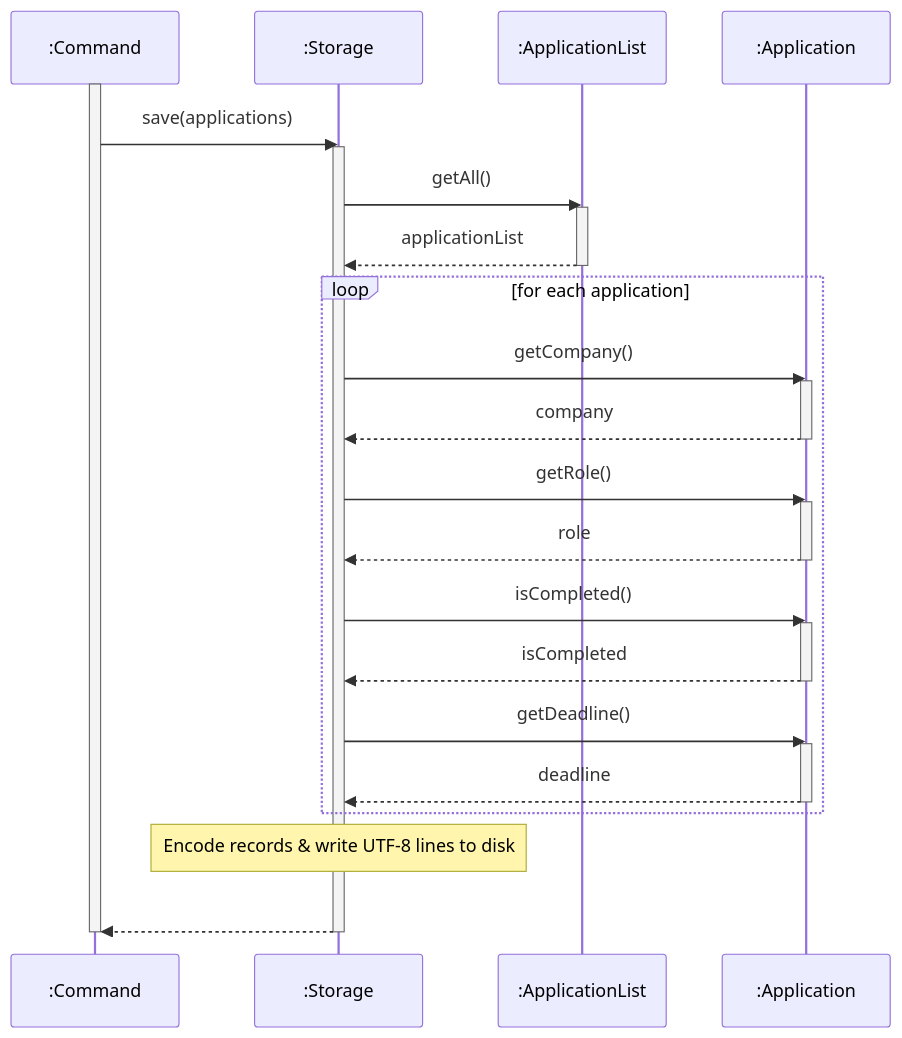
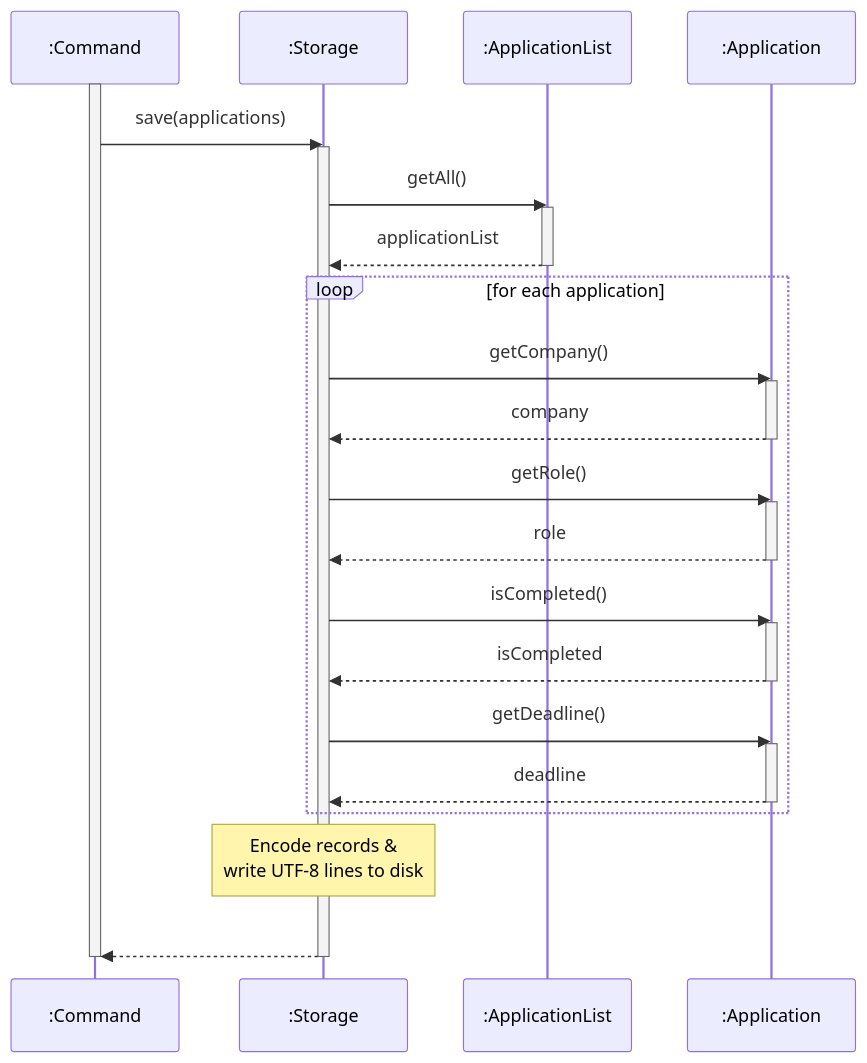
One commit to AY2627S1-CS2113-T10-2/tp changed diagram 21 of 22 in docs/DeveloperGuide.md. Above: the diagram before and after it, drawn with Mermaid. The commit also changed other lines of this file, not shown here.

First line of the commit message:
docs: standardize architecture diagram design and add manual testing output examples

````diff
--- a/docs/DeveloperGuide.md
+++ b/docs/DeveloperGuide.md
@@ -1263,43 +1258,43 @@
 ```mermaid
 ---
 config:
   themeCSS: ".actor-line { stroke-dasharray: 4, 4 !important; } line.loopLine:not([style*='stroke-dasharray']) { stroke-dasharray: none !important; }"
 ---
 sequenceDiagram
     participant cmd as :Command
     participant storage as :Storage
     participant list as :ApplicationList
     participant app as :Application
 
     activate cmd
     cmd->>storage: save(applications)
     activate storage
     storage->>list: getAll()
     activate list
     list-->>storage: applicationList
     deactivate list
 
     loop for each application
         storage->>app: getCompany()
         activate app
         app-->>storage: company
         deactivate app
         storage->>app: getRole()
         activate app
         app-->>storage: role
         deactivate app
         storage->>app: isCompleted()
         activate app
         app-->>storage: isCompleted
         deactivate app
         storage->>app: getDeadline()
         activate app
         app-->>storage: deadline
         deactivate app
     end
 
-    Note over storage: Encode records & write UTF-8 lines to disk
+    Note over storage: Encode records &<br/>write UTF-8 lines to disk
     storage-->>cmd: ​
     deactivate storage
     deactivate cmd
 ```
````
